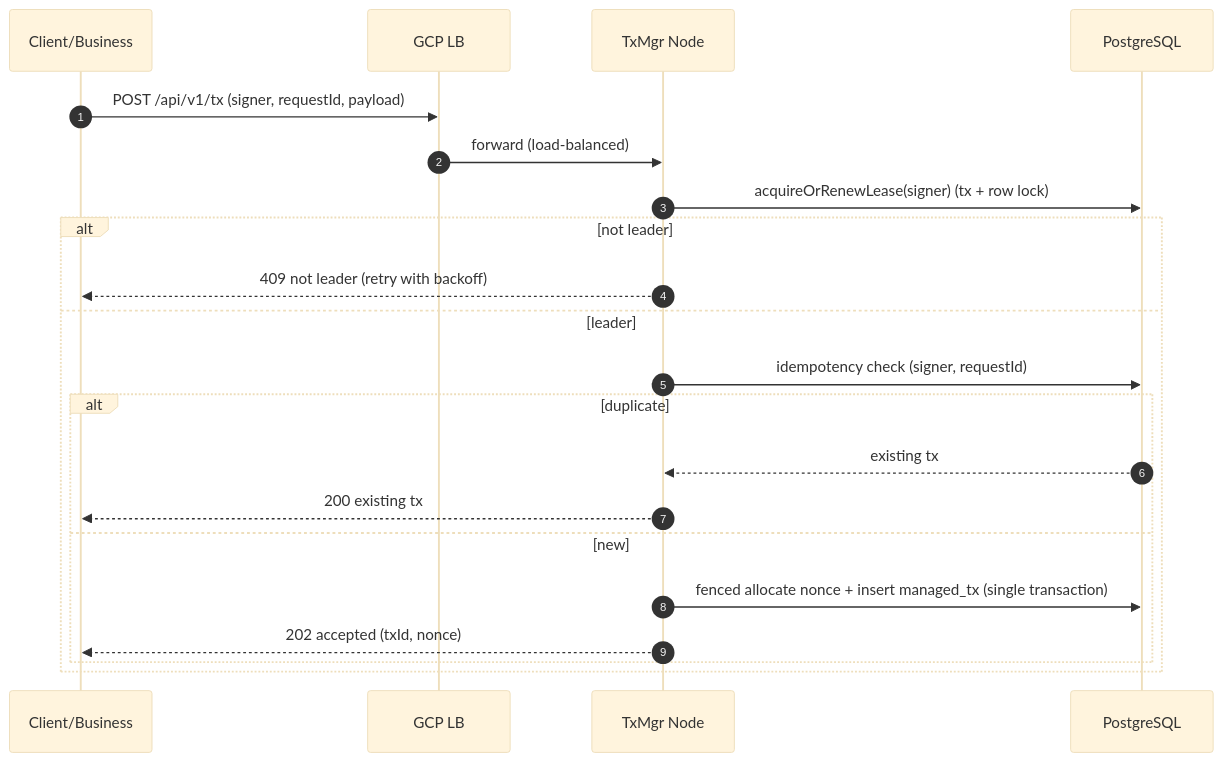
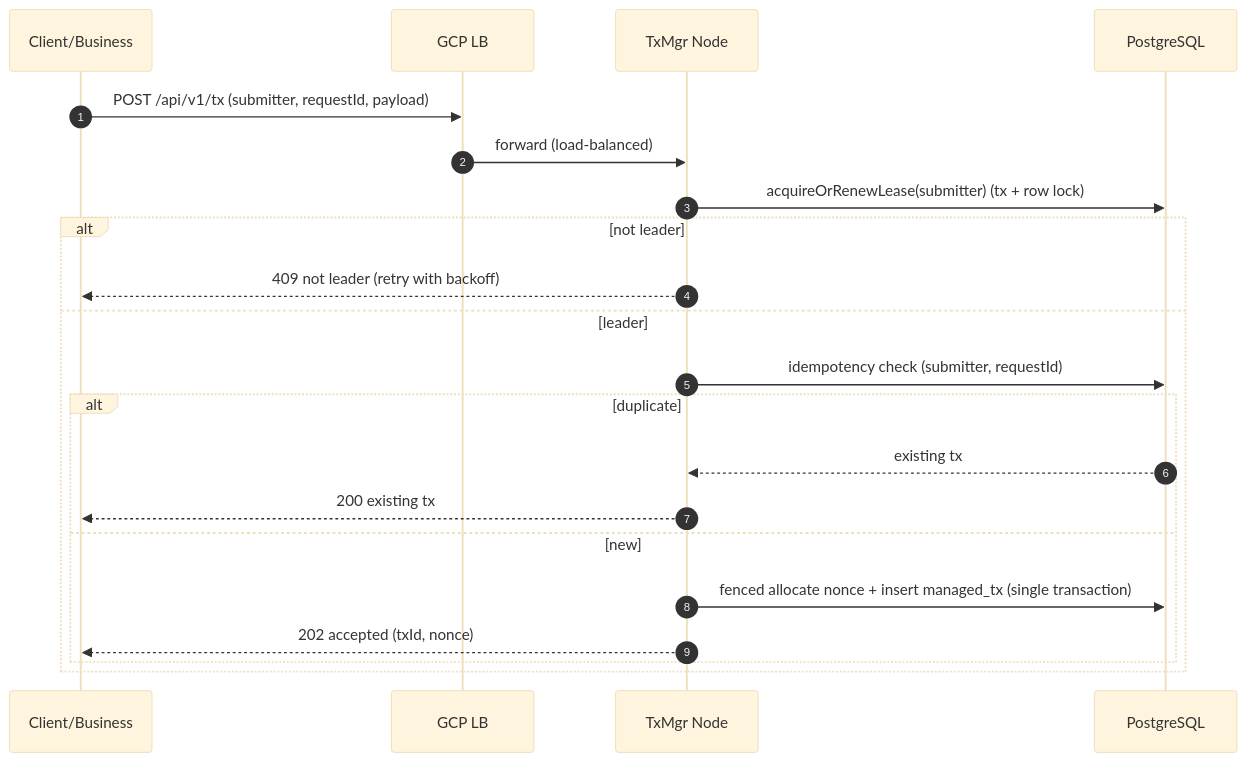
One commit to cedardinh/nonce-demo changed the fourth of 9 diagrams in 方案1111.md. Above: the diagram before and after it, drawn with Mermaid (base theme). The commit also changed other lines of this file and 63 other files, not shown here.

````diff
--- a/方案1111.md
+++ b/方案1111.md
@@ -275,24 +275,24 @@
 ```mermaid
 sequenceDiagram
   autonumber
   participant Client as Client/Business
   participant LB as GCP LB
   participant Node as TxMgr Node
   participant DB as PostgreSQL
 
-  Client->>LB: POST /api/v1/tx (signer, requestId, payload)
+  Client->>LB: POST /api/v1/tx (submitter, requestId, payload)
   LB->>Node: forward (load-balanced)
-  Node->>DB: acquireOrRenewLease(signer) (tx + row lock)
+  Node->>DB: acquireOrRenewLease(submitter) (tx + row lock)
   alt not leader
     Node-->>Client: 409 not leader (retry with backoff)
   else leader
-    Node->>DB: idempotency check (signer, requestId)
+    Node->>DB: idempotency check (submitter, requestId)
     alt duplicate
       DB-->>Node: existing tx
       Node-->>Client: 200 existing tx
     else new
       Node->>DB: fenced allocate nonce + insert managed_tx (single transaction)
       Node-->>Client: 202 accepted (txId, nonce)
     end
   end
 ```
````
